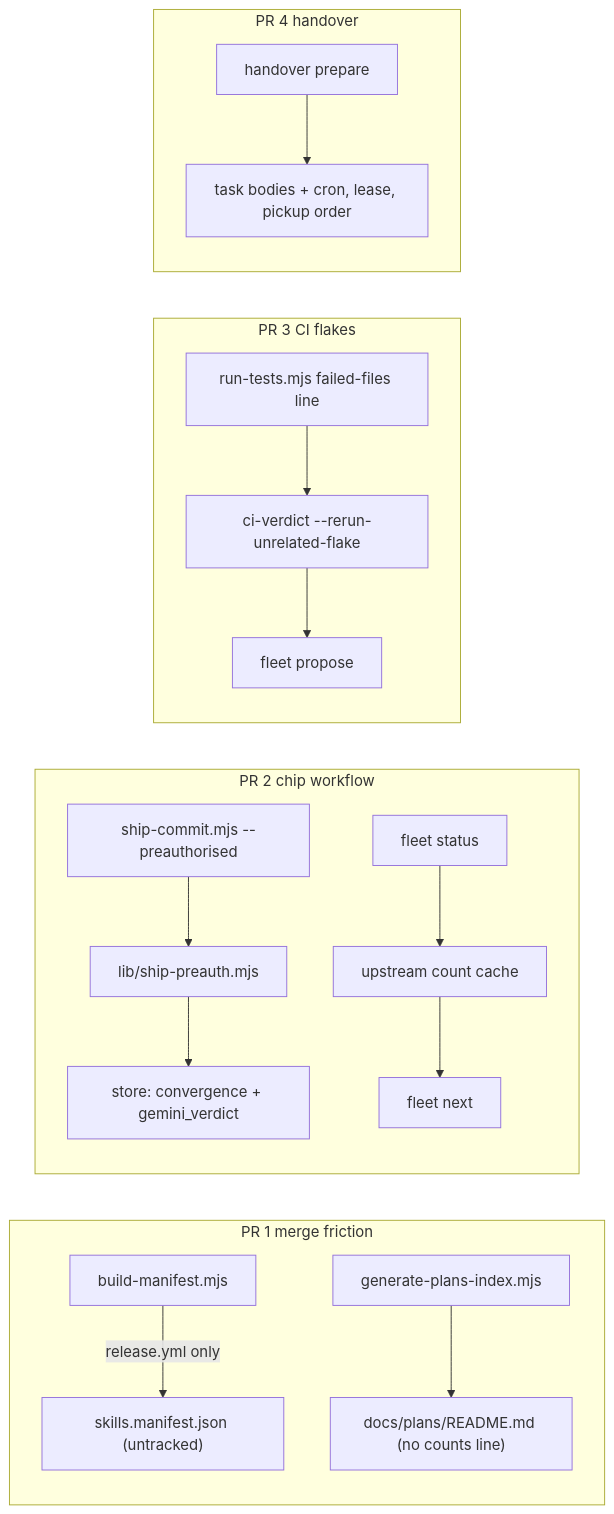
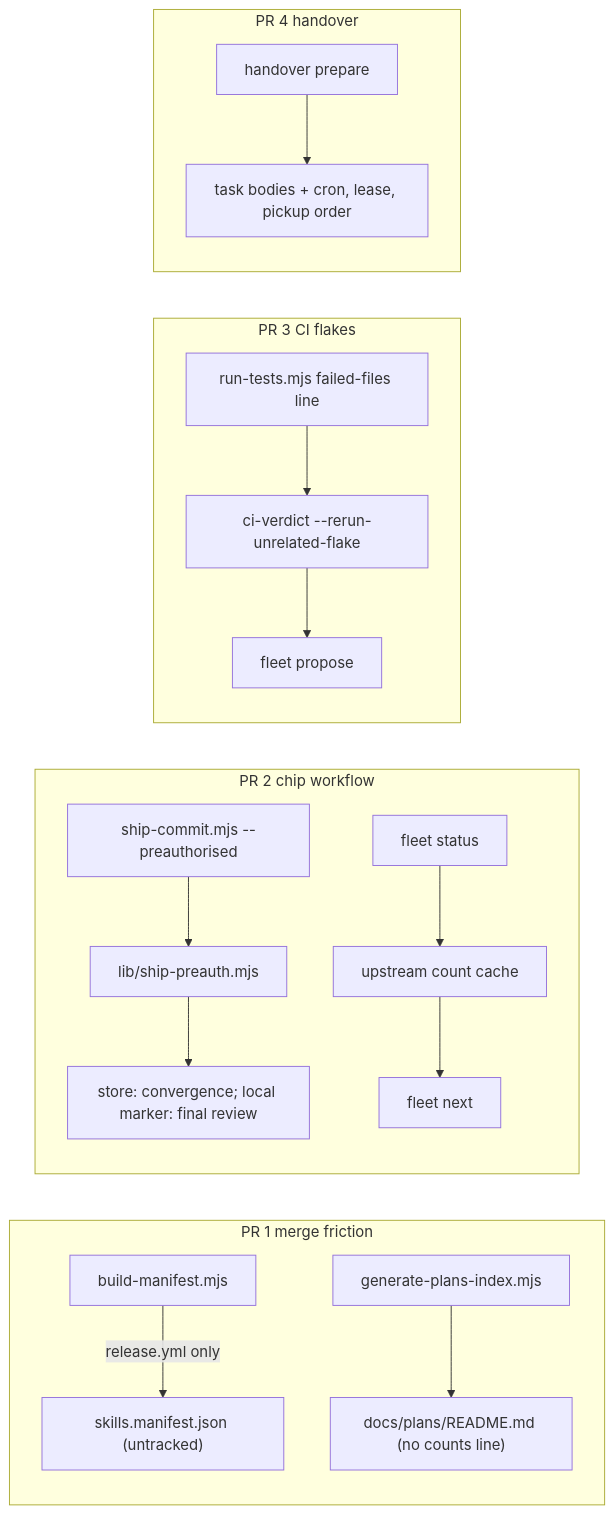
One commit to Lbstrydom/claude-engineering-skills changed the diagram in docs/plans/fleet-chips-and-merge-friction.md. Above: the diagram before and after it, drawn with Mermaid. The commit also changed other lines of this file and 7 other files, not shown here.

Commit message:
fix(fleet): audit round 1 - strict upstream envelope, known branch identity, no local-main base, drop the store-verdict clause, preflight extracted

````diff
--- a/docs/plans/fleet-chips-and-merge-friction.md
+++ b/docs/plans/fleet-chips-and-merge-friction.md
@@ -107,20 +107,20 @@
 ```mermaid
 graph LR
   subgraph PR1["PR 1 merge friction"]
     BM["build-manifest.mjs"] -->|"release.yml only"| MF["skills.manifest.json (untracked)"]
     GPI["generate-plans-index.mjs"] --> RM["docs/plans/README.md (no counts line)"]
   end
   subgraph PR2["PR 2 chip workflow"]
     SC["ship-commit.mjs --preauthorised"] --> SP["lib/ship-preauth.mjs"]
-    SP --> RF["store: convergence + gemini_verdict"]
+    SP --> RF["store: convergence; local marker: final review"]
     FS["fleet status"] --> UC["upstream count cache"]
     UC --> FN["fleet next"]
   end
   subgraph PR3["PR 3 CI flakes"]
     RT["run-tests.mjs failed-files line"] --> CV["ci-verdict --rerun-unrelated-flake"]
     CV --> PROP["fleet propose"]
   end
   subgraph PR4["PR 4 handover"]
     HP["handover prepare"] --> EXP["task bodies + cron, lease, pickup order"]
   end
 ```
````
